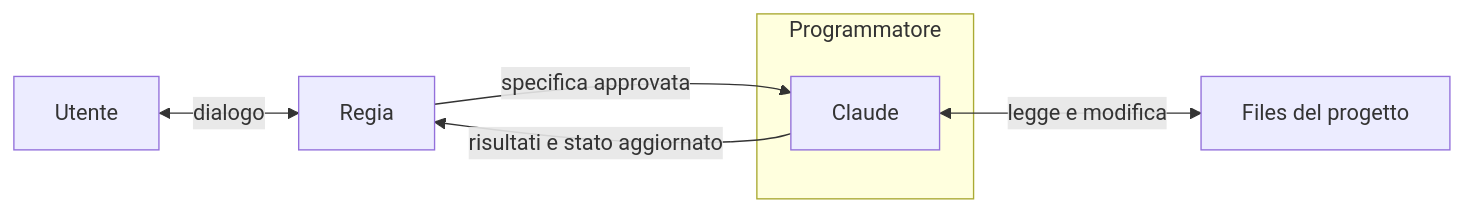
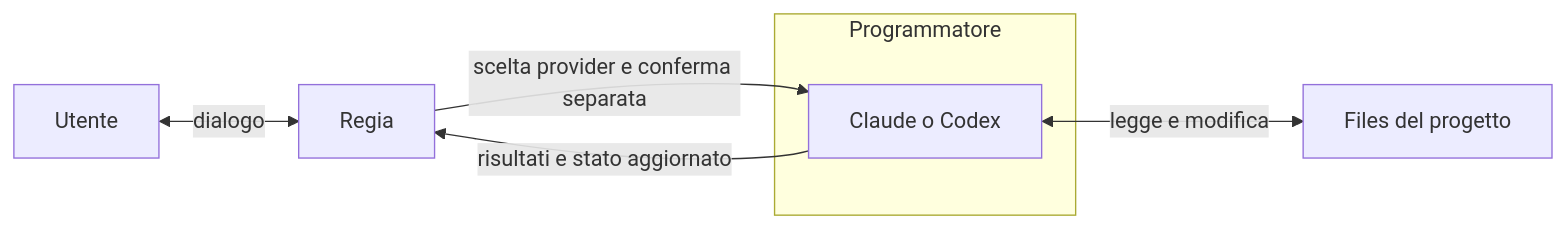
Before and after one commit to DRincs-Productions/LM-Studio: the seventh of 10 diagrams in README.md, drawn with Mermaid. The commit also changed other lines of this file and 14 other files, not shown here.

````diff
--- a/README.md
+++ b/README.md
@@ -177,13 +201,13 @@
 ```mermaid
 flowchart LR
     U[Utente]
     R[Regia]
     F[Files del progetto]
     subgraph PROGRAMMATORE[Programmatore]
-        C[Claude]
+        C[Claude o Codex]
     end
     U <-->|dialogo| R
-    R -->|specifica approvata| C
+    R -->|scelta provider e conferma separata| C
     C <-->|legge e modifica| F
     C -->|risultati e stato aggiornato| R
 ```
````
